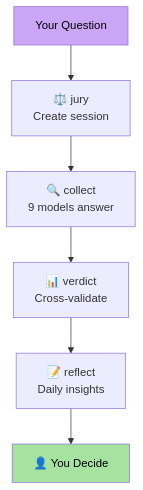
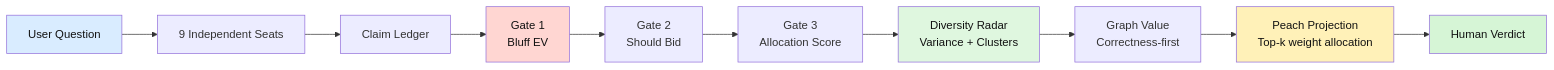
One commit to reguorider-gif/ai-judge changed the diagram in README.md. Above: the diagram before and after it, drawn with Mermaid. The commit also changed other lines of this file and 20 other files, not shown here.

````diff
--- a/README.md
+++ b/README.md
@@ -202,11 +31,18 @@
 ```mermaid
-graph TD
-    U[Your Question] --> J["⚖️ jury<br/>Create session"]
-    J --> C["🔍 collect<br/>9 models answer"]
-    C --> V["📊 verdict<br/>Cross-validate"]
-    V --> R["📝 reflect<br/>Daily insights"]
-    R --> H["👤 You Decide"]
+flowchart LR
+    Q["User Question"] --> S["9 Independent Seats"]
+    S --> L["Claim Ledger"]
+    L --> G1["Gate 1<br/>Bluff EV"]
+    G1 --> G2["Gate 2<br/>Should Bid"]
+    G2 --> G3["Gate 3<br/>Allocation Score"]
+    G3 --> D["Diversity Radar<br/>Variance + Clusters"]
+    D --> V["Graph Value<br/>Correctness-first"]
+    V --> P["Peach Projection<br/>Top-k weight allocation"]
+    P --> H["Human Verdict"]
 
-    style U fill:#cba6f7,color:#000
-    style H fill:#a6e3a1,color:#000
+    style Q fill:#d9ecff,color:#111
+    style G1 fill:#ffd6d2,color:#111
+    style D fill:#dff7df,color:#111
+    style P fill:#fff1b8,color:#111
+    style H fill:#d6f5d6,color:#111
 ```
````
